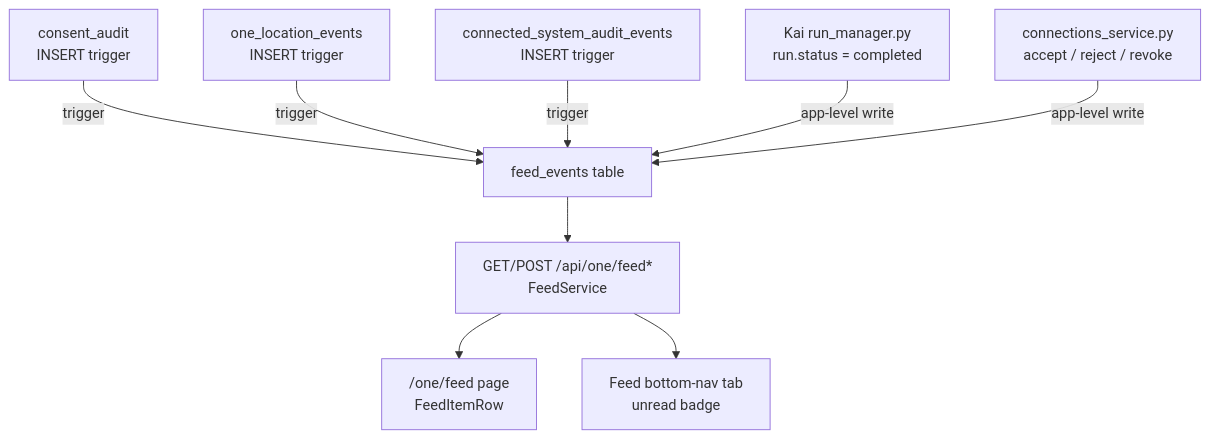
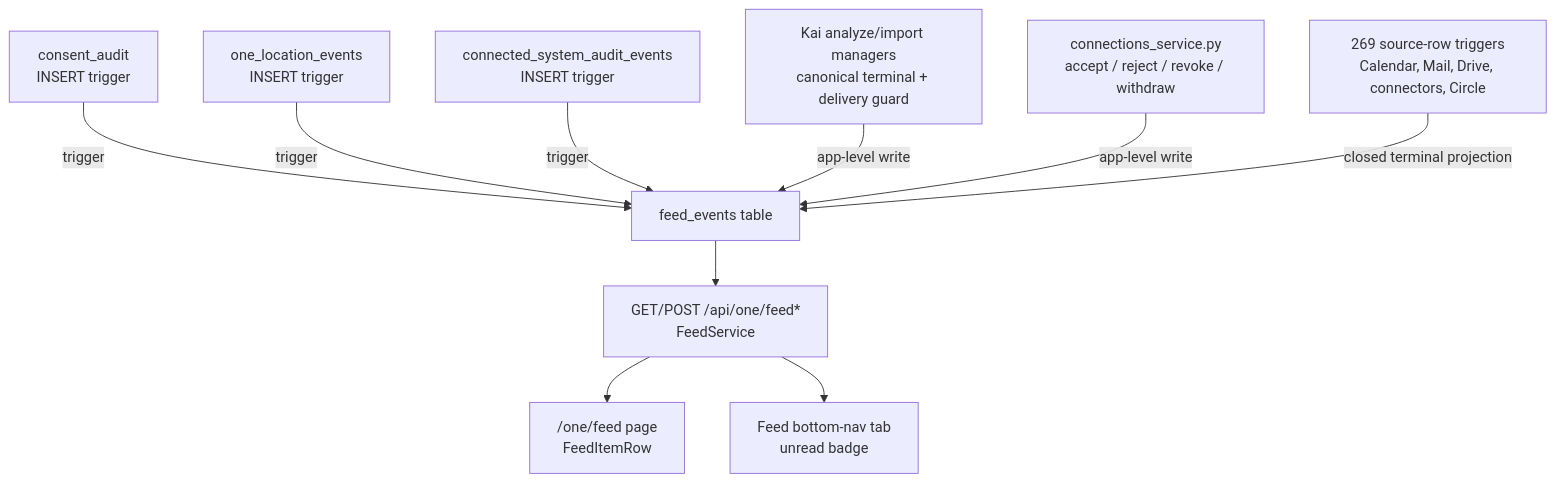
The diagram in docs/reference/one/feed-notification-model.md (Irfan762/hushh-research), drawn with Mermaid before and after one commit. The commit also changed other lines of this file and 27 other files, not shown here.

Commit message:
fix(feed): capture useful agent outcomes without activity noise

````diff
--- a/docs/reference/one/feed-notification-model.md
+++ b/docs/reference/one/feed-notification-model.md
@@ -5,21 +5,23 @@
 ```mermaid
 flowchart TD
   consent["consent_audit<br/>INSERT trigger"]
   location["one_location_events<br/>INSERT trigger"]
   connected["connected_system_audit_events<br/>INSERT trigger"]
-  kai["Kai run_manager.py<br/>run.status = completed"]
-  connections["connections_service.py<br/>accept / reject / revoke"]
+  kai["Kai analyze/import managers<br/>canonical terminal + delivery guard"]
+  connections["connections_service.py<br/>accept / reject / revoke / withdraw"]
+  outcomes["269 source-row triggers<br/>Calendar, Mail, Drive, connectors, Circle"]
   feed_events["feed_events table"]
   api["GET/POST /api/one/feed*<br/>FeedService"]
   page["/one/feed page<br/>FeedItemRow"]
   tab["Feed bottom-nav tab<br/>unread badge"]
 
   consent -->|trigger| feed_events
   location -->|trigger| feed_events
   connected -->|trigger| feed_events
   kai -->|app-level write| feed_events
   connections -->|app-level write| feed_events
+  outcomes -->|closed terminal projection| feed_events
   feed_events --> api
   api --> page
   api --> tab
 ```
````
